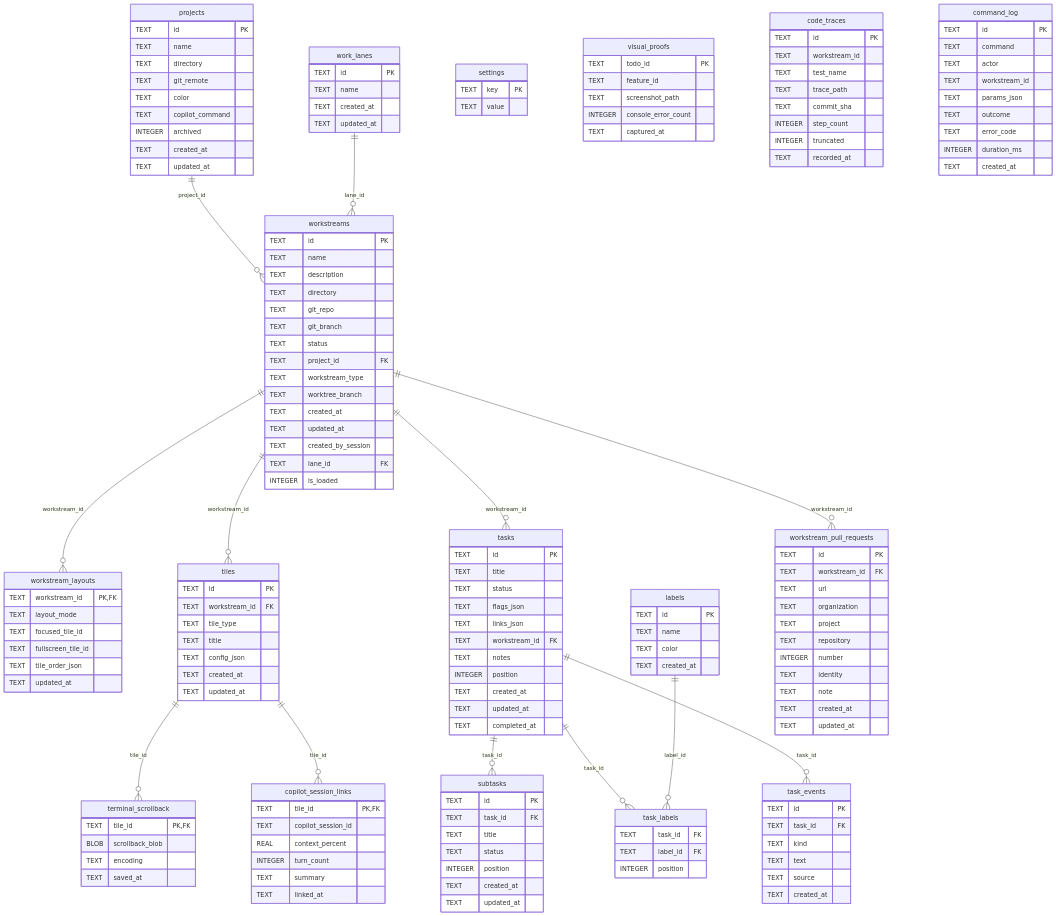
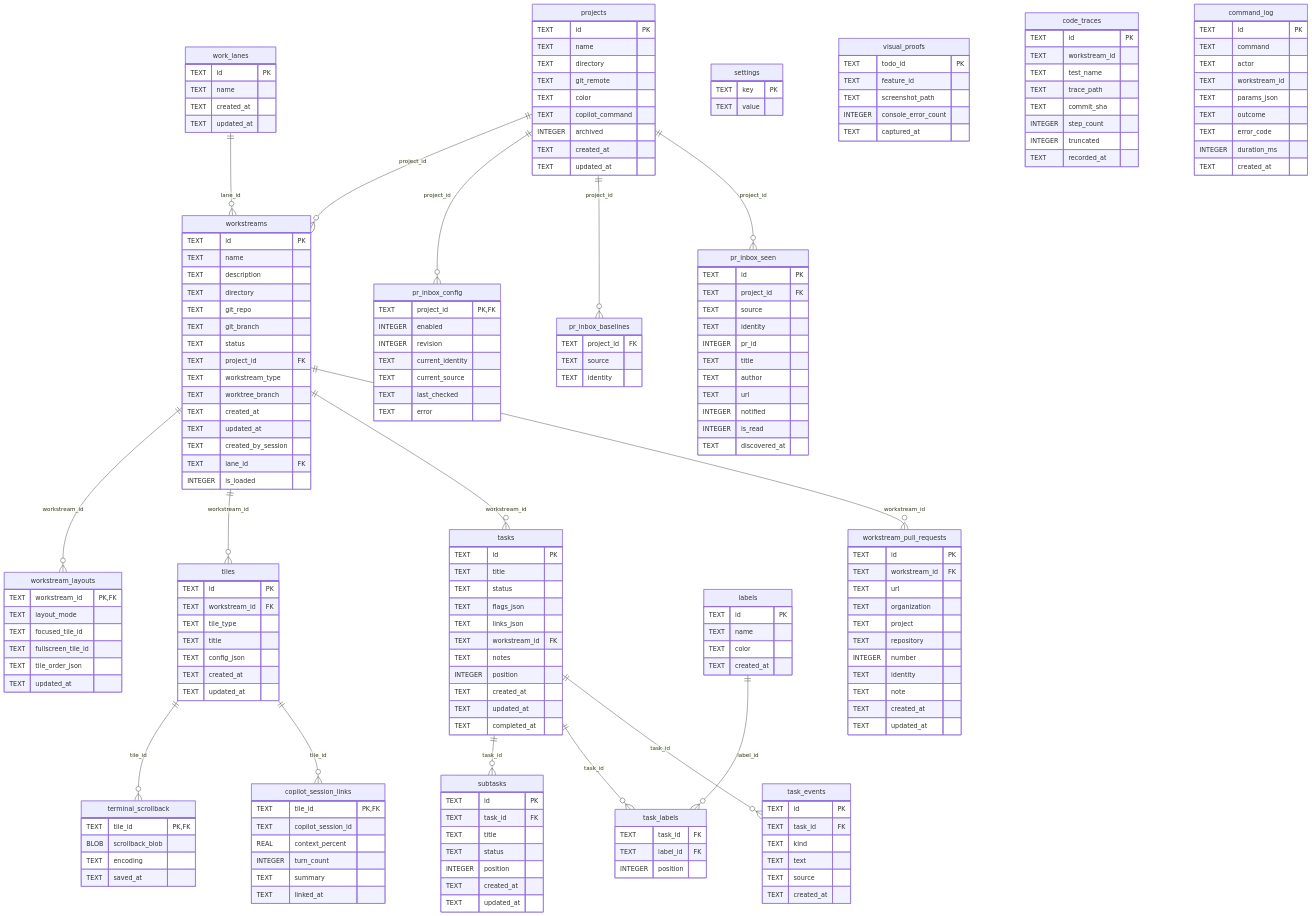
The diagram in docs/db-model.md (alejandroechev/workstreams), drawn with Mermaid before and after one commit. The commit also changed other lines of this file and 33 other files, not shown here.

````diff
--- a/docs/db-model.md
+++ b/docs/db-model.md
@@ -29,6 +29,9 @@
   labels ||--o{ task_labels : "label_id"
   tasks ||--o{ task_events : "task_id"
   workstreams ||--o{ workstream_pull_requests : "workstream_id"
+  projects ||--o{ pr_inbox_config : "project_id"
+  projects ||--o{ pr_inbox_baselines : "project_id"
+  projects ||--o{ pr_inbox_seen : "project_id"
   projects {
     TEXT id PK
     TEXT name
@@ -180,4 +183,31 @@
     TEXT created_at
     TEXT updated_at
   }
+  pr_inbox_config {
+    TEXT project_id PK,FK
+    INTEGER enabled
+    INTEGER revision
+    TEXT current_identity
+    TEXT current_source
+    TEXT last_checked
+    TEXT error
+  }
+  pr_inbox_baselines {
+    TEXT project_id FK
+    TEXT source
+    TEXT identity
+  }
+  pr_inbox_seen {
+    TEXT id PK
+    TEXT project_id FK
+    TEXT source
+    TEXT identity
+    INTEGER pr_id
+    TEXT title
+    TEXT author
+    TEXT url
+    INTEGER notified
+    INTEGER is_read
+    TEXT discovered_at
+  }
 ```
````
